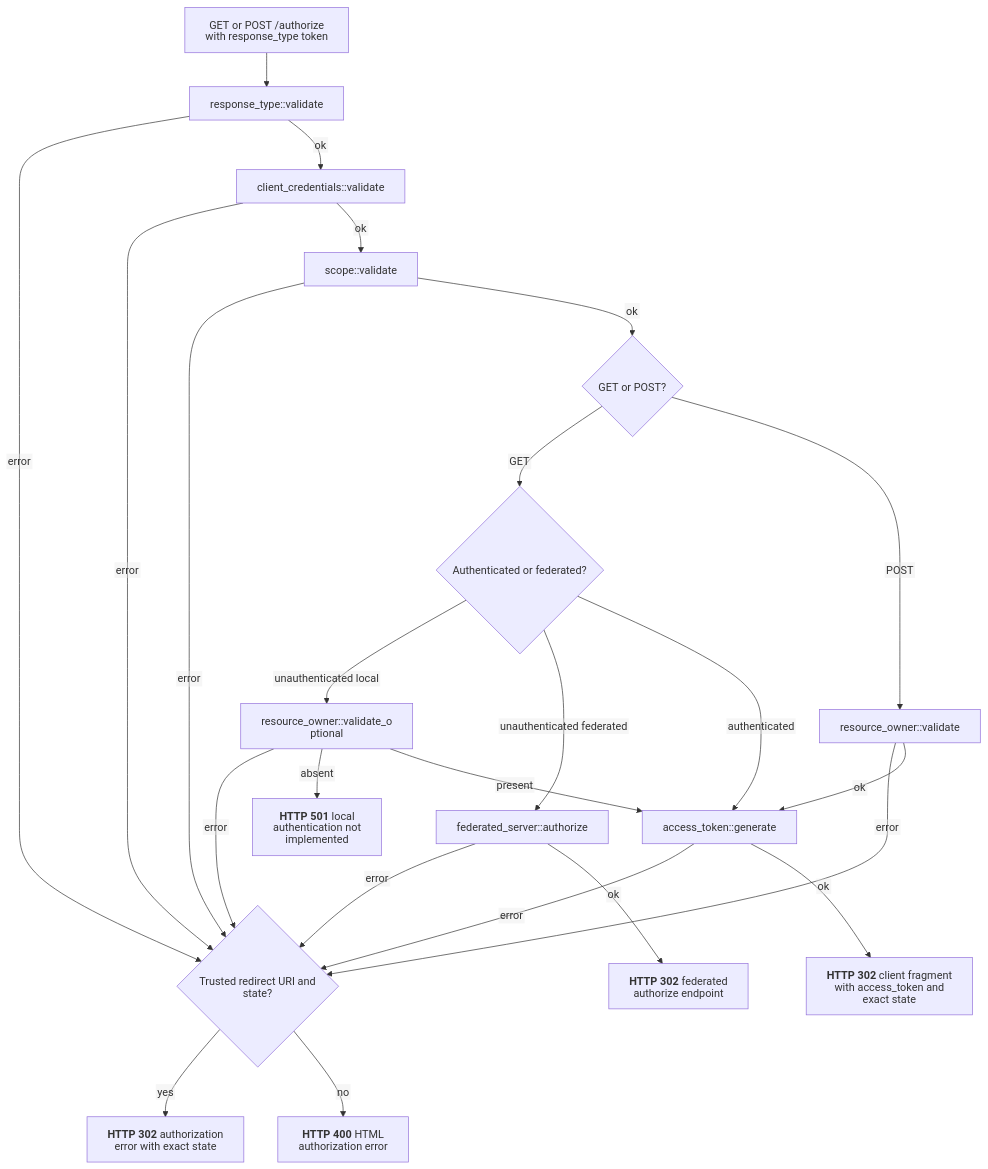
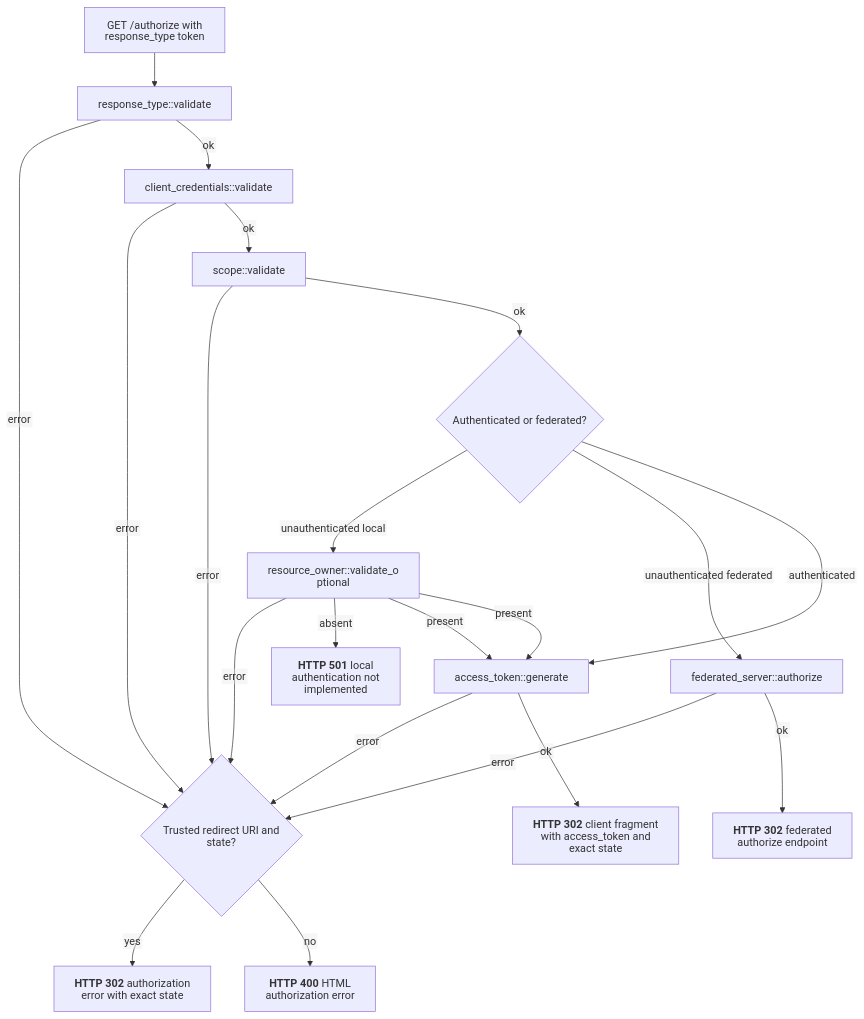
One commit to malach-it/kagome changed the diagram in docs/flows/oauth/implicit.mmd. Above: the diagram before and after it, drawn with Mermaid. The commit also changed 13 other files, not shown here.

Commit message:
fix: stop routing post authorize requests

```diff
--- a/docs/flows/oauth/implicit.mmd
+++ b/docs/flows/oauth/implicit.mmd
@@ -1,25 +1,22 @@
 %%{init: {"htmlLabels": false, "flowchart": {"htmlLabels": false}}}%%
 flowchart TD
-    start[GET or POST /authorize with response_type token] --> response_type["response_type::validate"]
+    start[GET /authorize with response_type token] --> response_type["response_type::validate"]
     response_type -- error --> authorize_error{Trusted redirect URI and state?}
     response_type -- ok --> client["client_credentials::validate"]
     client -- error --> authorize_error
     client -- ok --> scope["scope::validate"]
     scope -- error --> authorize_error
-    scope -- ok --> method{GET or POST?}
-    method -- GET --> authentication{Authenticated or federated?}
+    scope -- ok --> authentication{Authenticated or federated?}
     authentication -- unauthenticated local --> owner_optional["resource_owner::validate_optional"]
     owner_optional -- error --> authorize_error
     owner_optional -- absent --> not_implemented["`**HTTP 501** local authentication not implemented`"]
     authentication -- unauthenticated federated --> federate["federated_server::authorize"]
     federate -- error --> authorize_error
     federate -- ok --> federated_redirect["`**HTTP 302** federated authorize endpoint`"]
     authentication -- authenticated --> generate
     owner_optional -- present --> generate
-    method -- POST --> owner["resource_owner::validate"]
-    owner -- error --> authorize_error
-    owner -- ok --> generate["access_token::generate"]
+    owner_optional -- present --> generate["access_token::generate"]
     generate -- error --> authorize_error
     generate -- ok --> redirect["`**HTTP 302** client fragment with access_token and exact state`"]
     authorize_error -- yes --> redirect_error["`**HTTP 302** authorization error with exact state`"]
     authorize_error -- no --> html_error["`**HTTP 400** HTML authorization error`"]
```
